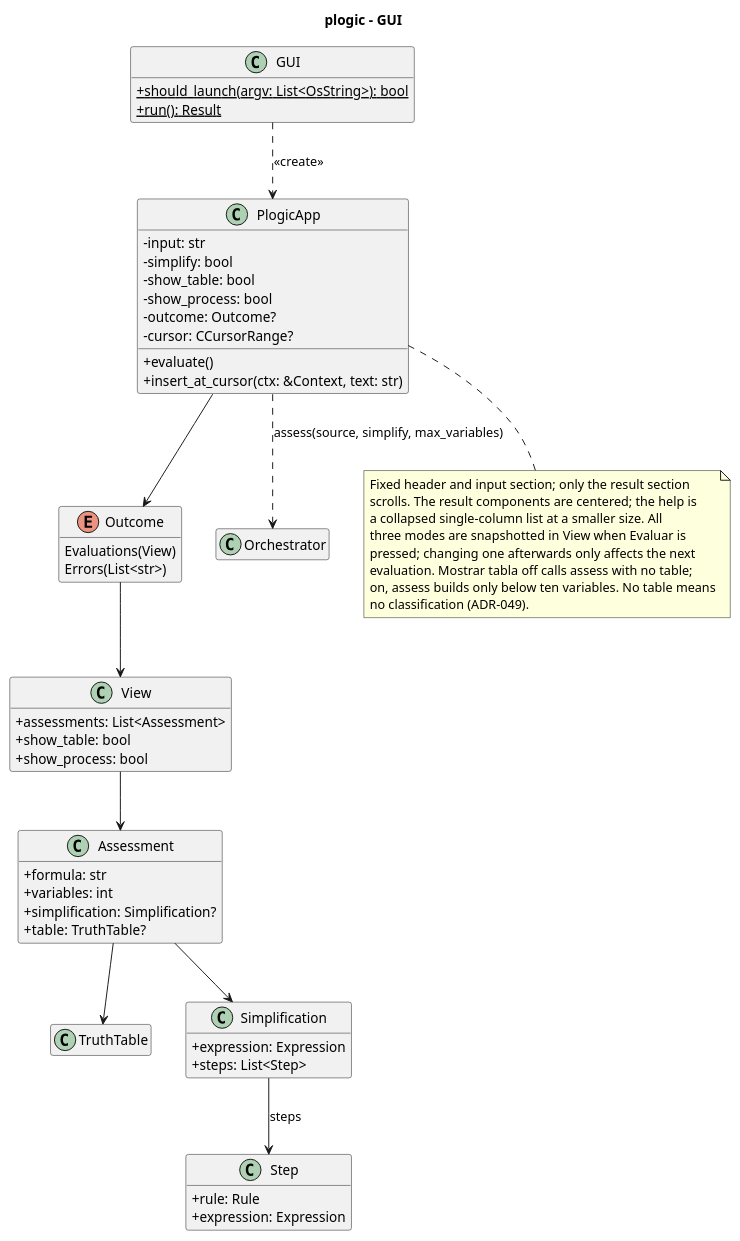
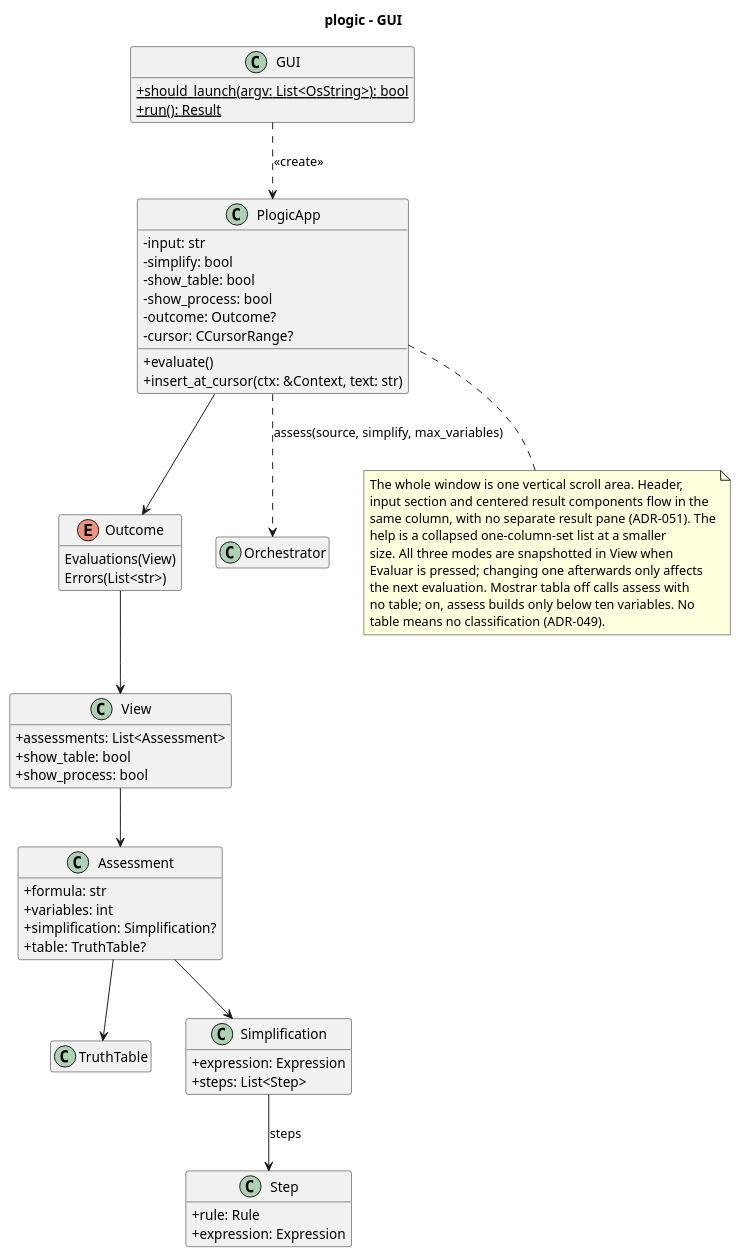
The diagram in design/diagrams/gui_class.puml (Josgtg/plogic), drawn with PlantUML before and after one commit. The commit also changed 9 other files, not shown here.

Commit message:
design: record the v diagnostic and whole-window scroll

```diff
--- a/design/diagrams/gui_class.puml
+++ b/design/diagrams/gui_class.puml
@@ -1,75 +1,76 @@
 @startuml gui_class
 title plogic - GUI
 
 skinparam classAttributeIconSize 0
 hide empty members
 
 class GUI {
   +{static} should_launch(argv: List<OsString>): bool
   +{static} run(): Result
 }
 
 class PlogicApp {
   -input: str
   -simplify: bool
   -show_table: bool
   -show_process: bool
   -outcome: Outcome?
   -cursor: CCursorRange?
   +evaluate()
   +insert_at_cursor(ctx: &Context, text: str)
 }
 
 class View {
   +assessments: List<Assessment>
   +show_table: bool
   +show_process: bool
 }
 
 enum Outcome {
   Evaluations(View)
   Errors(List<str>)
 }
 
 class Orchestrator
 
 class Assessment {
   +formula: str
   +variables: int
   +simplification: Simplification?
   +table: TruthTable?
 }
 
 class TruthTable
 
 class Simplification {
   +expression: Expression
   +steps: List<Step>
 }
 
 class Step {
   +rule: Rule
   +expression: Expression
 }
 
 note bottom of PlogicApp
-  Fixed header and input section; only the result section
-  scrolls. The result components are centered; the help is
-  a collapsed single-column list at a smaller size. All
-  three modes are snapshotted in View when Evaluar is
-  pressed; changing one afterwards only affects the next
-  evaluation. Mostrar tabla off calls assess with no table;
-  on, assess builds only below ten variables. No table means
-  no classification (ADR-049).
+  The whole window is one vertical scroll area. Header,
+  input section and centered result components flow in the
+  same column, with no separate result pane (ADR-051). The
+  help is a collapsed one-column-set list at a smaller
+  size. All three modes are snapshotted in View when
+  Evaluar is pressed; changing one afterwards only affects
+  the next evaluation. Mostrar tabla off calls assess with
+  no table; on, assess builds only below ten variables. No
+  table means no classification (ADR-049).
 end note
 
 GUI ..> PlogicApp : <<create>>
 PlogicApp --> Outcome
 Outcome --> View
 View --> Assessment
 PlogicApp ..> Orchestrator : assess(source, simplify, max_variables)
 Assessment --> TruthTable
 Assessment --> Simplification
 Simplification --> Step : steps
 
 @enduml
```
